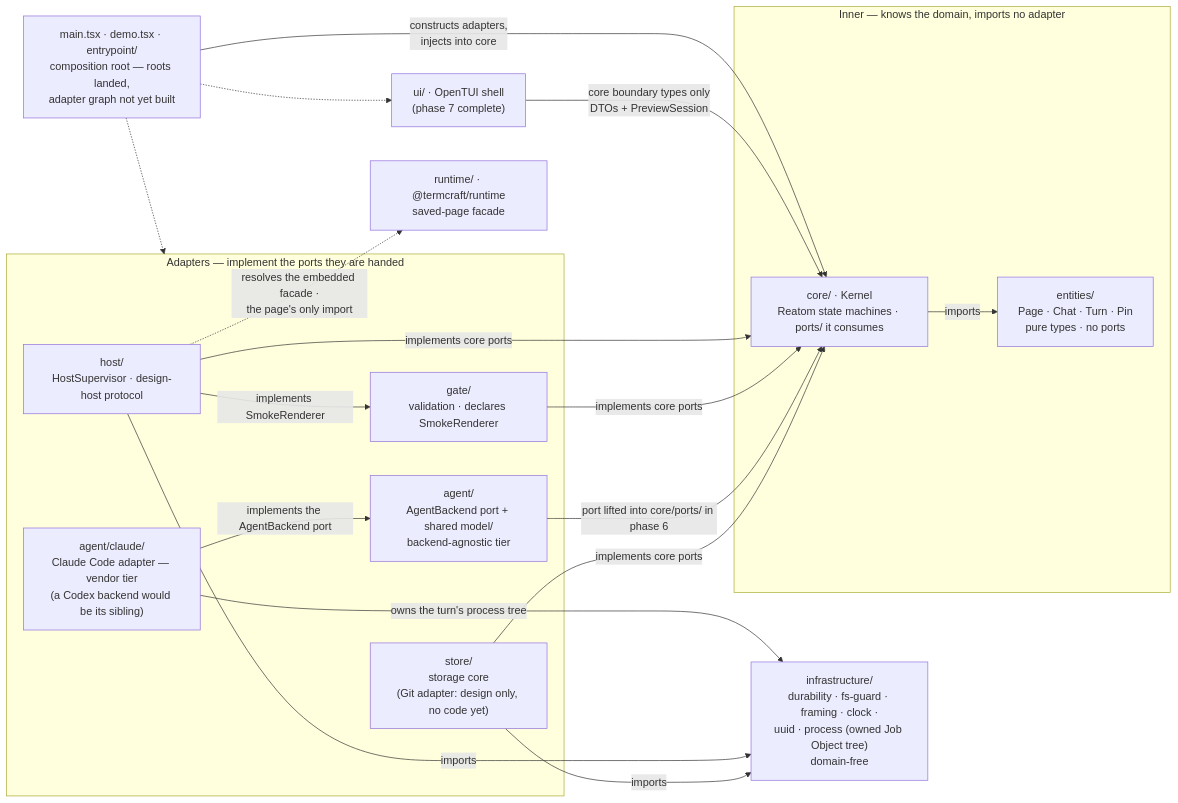
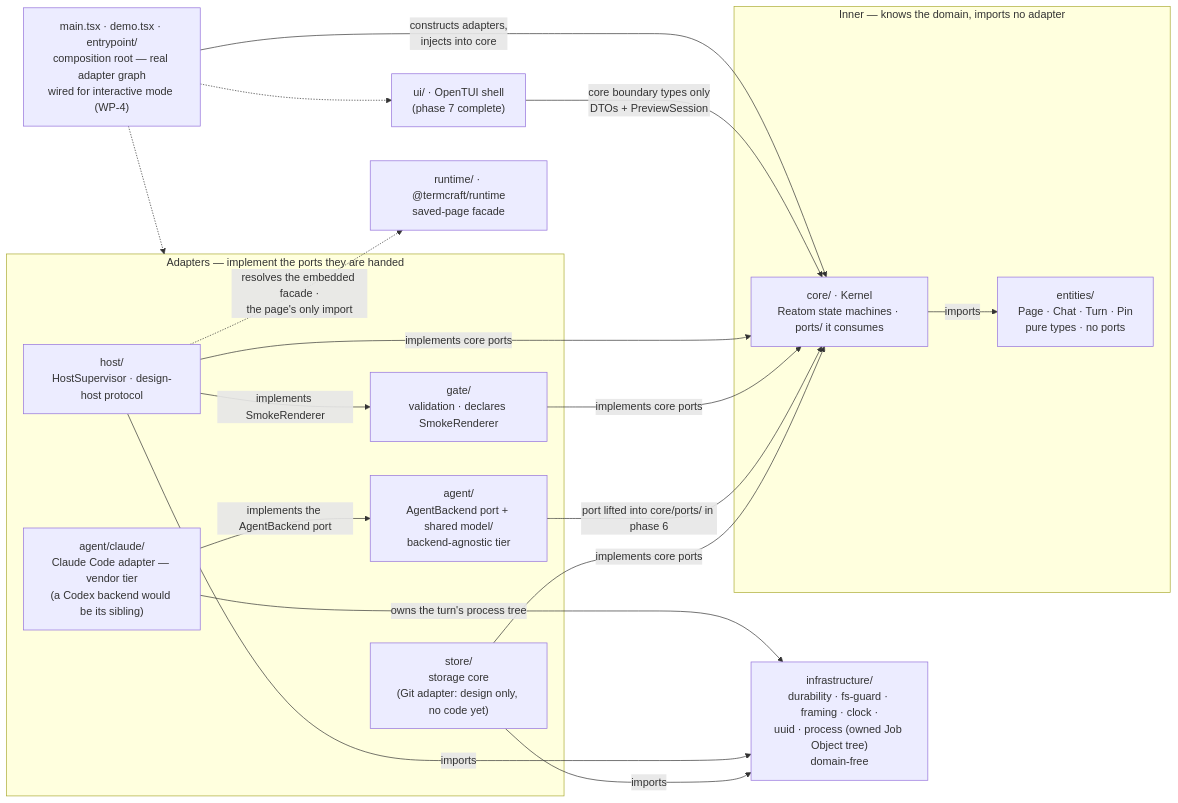
Before and after one commit to khmilevoi/termcraft: the diagram in docs/architecture/code-structure.md, drawn with Mermaid. The commit also changed other lines of this file and 6 other files, not shown here.

````diff
--- a/docs/architecture/code-structure.md
+++ b/docs/architecture/code-structure.md
@@ -22,37 +23,37 @@
 ```mermaid
 flowchart LR
-    main["main.tsx · demo.tsx · entrypoint/<br/>composition root — roots landed,<br/>adapter graph not yet built"]
+    main["main.tsx · demo.tsx · entrypoint/<br/>composition root — real adapter graph<br/>wired for interactive mode (WP-4)"]
 
     subgraph adapters["Adapters — implement the ports they are handed"]
         store["store/<br/>storage core<br/>(Git adapter: design only, no code yet)"]
         agent["agent/<br/>AgentBackend port + shared model/<br/>backend-agnostic tier"]
         claude["agent/claude/<br/>Claude Code adapter — vendor tier<br/>(a Codex backend would be its sibling)"]
         gate["gate/<br/>validation · declares SmokeRenderer"]
         host["host/<br/>HostSupervisor · design-host protocol"]
     end
 
     subgraph inner["Inner — knows the domain, imports no adapter"]
         core["core/ · Kernel<br/>Reatom state machines · ports/ it consumes"]
         entities["entities/<br/>Page · Chat · Turn · Pin<br/>pure types · no ports"]
     end
 
     ui["ui/ · OpenTUI shell<br/>(phase 7 complete)"]
     runtime["runtime/ · @termcraft/runtime<br/>saved-page facade"]
     infra["infrastructure/<br/>durability · fs-guard · framing · clock ·<br/>uuid · process (owned Job Object tree)<br/>domain-free"]
 
     core -- imports --> entities
     store -- "implements core ports" --> core
     agent -- "port lifted into core/ports/ in phase 6" --> core
     gate -- "implements core ports" --> core
     host -- "implements core ports" --> core
     host -- "implements SmokeRenderer" --> gate
     claude -- "implements the AgentBackend port" --> agent
     ui -- "core boundary types only<br/>DTOs + PreviewSession" --> core
     store -- imports --> infra
     host -- imports --> infra
     claude -- "owns the turn's process tree" --> infra
     host -. "resolves the embedded facade ·<br/>the page's only import" .-> runtime
     main -- "constructs adapters,<br/>injects into core" --> core
     main -.-> adapters
     main -.-> ui
 ```
````
